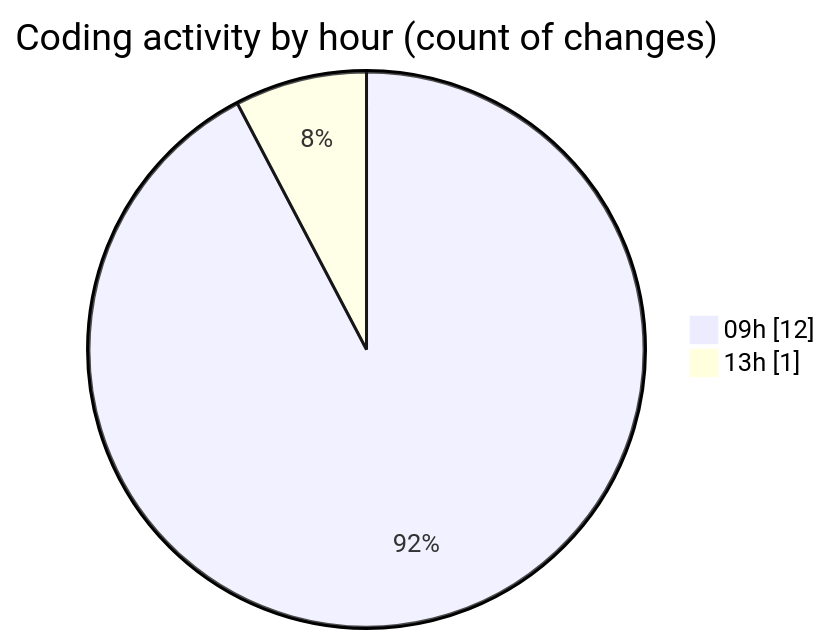
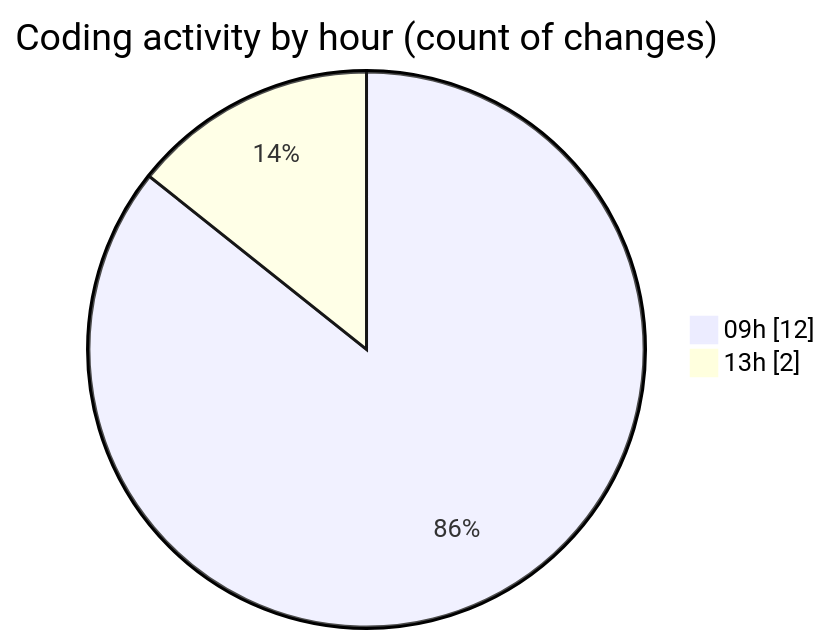
Before and after one commit to momahboobian/code-tracking: the second of 2 diagrams in 2026-11-04/cda/README.md, drawn with Mermaid. The commit also changed other lines of this file and 1 other file, not shown here.

````diff
--- a/2026-11-04/cda/README.md
+++ b/2026-11-04/cda/README.md
@@ -32,6 +34,6 @@
 ```mermaid
 pie showData
 title Coding activity by hour (count of changes)
 "09h" : 12
-"13h" : 1
+"13h" : 2
 ```
````
